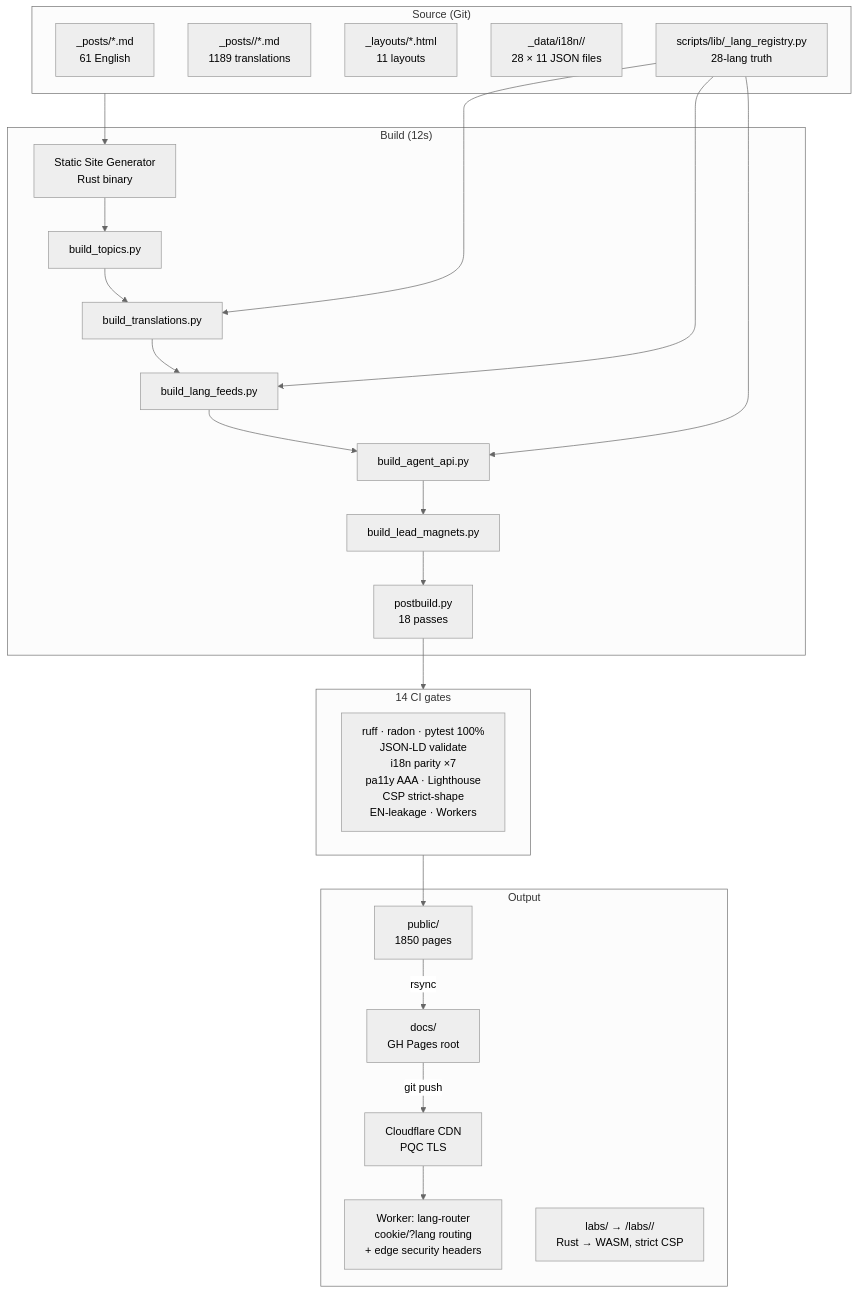
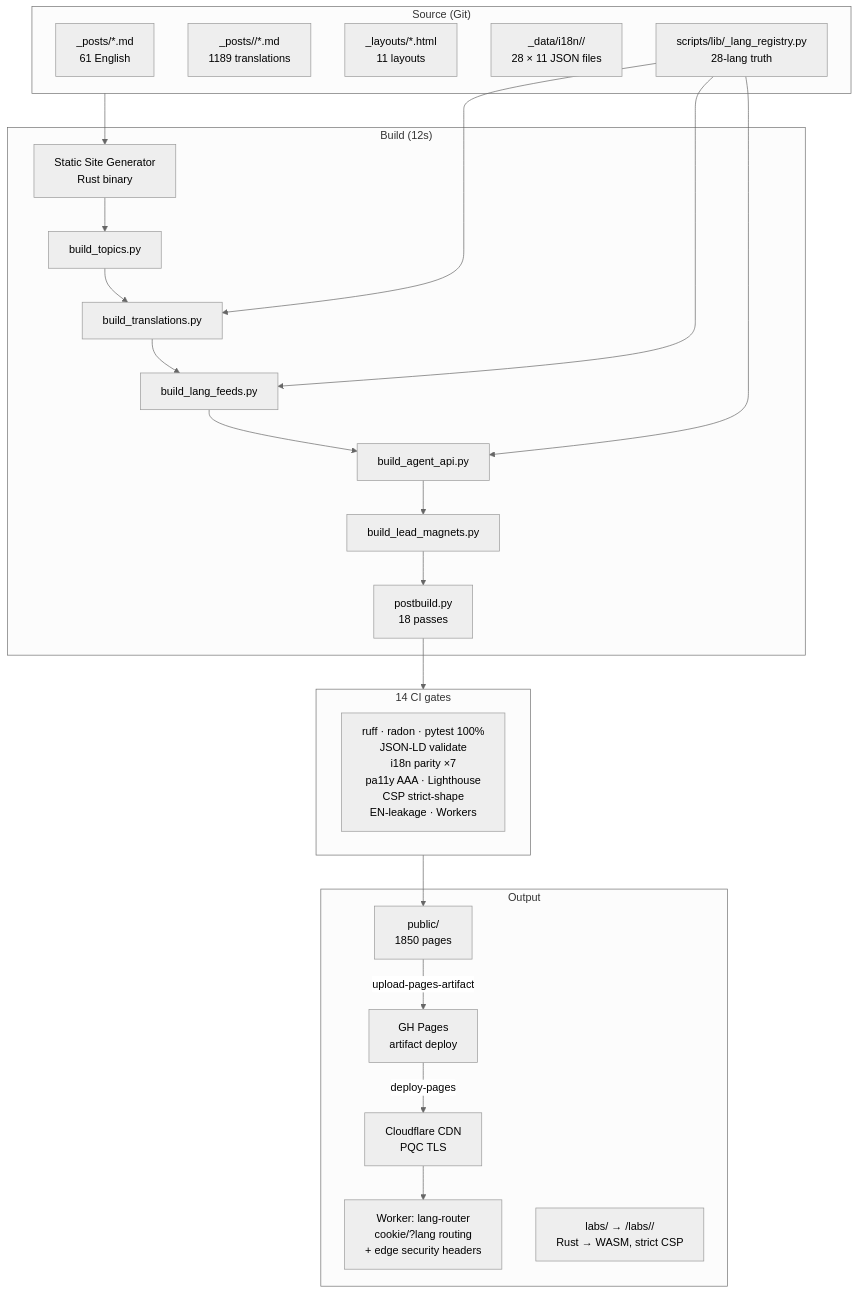
The first of 4 diagrams in project-docs/architecture.md (sebastienrousseau/sebastienrousseau.github.io), drawn with Mermaid before and after one commit. The commit also changed 5151 other files, not shown here.

````diff
--- a/project-docs/architecture.md
+++ b/project-docs/architecture.md
@@ -25,44 +25,44 @@
 ```mermaid
 %%{init: {'theme':'neutral'} }%%
 flowchart TB
  subgraph Source["Source (Git)"]
  EN[_posts/*.md<br/>61 English]
  T[_posts/<lang>/*.md<br/>1189 translations]
  L[_layouts/*.html<br/>11 layouts]
  D[_data/i18n/<lang>/<br/>28 × 11 JSON files]
  REG[scripts/lib/_lang_registry.py<br/>28-lang truth]
  end
 
  subgraph Build["Build (12s)"]
  SSG[Static Site Generator<br/>Rust binary]
  BT[build_topics.py]
  BR[build_translations.py]
  BF[build_lang_feeds.py]
  BA[build_agent_api.py]
  BL[build_lead_magnets.py]
  PB[postbuild.py<br/>18 passes]
  end
 
  subgraph Gates["14 CI gates"]
  G[ruff · radon · pytest 100%<br/>JSON-LD validate<br/>i18n parity ×7<br/>pa11y AAA · Lighthouse<br/>CSP strict-shape<br/>EN-leakage · Workers]
  end
 
  subgraph Output["Output"]
  P[public/<br/>1850 pages]
- DC[docs/<br/>GH Pages root]
+ DC[GH Pages<br/>artifact deploy]
  CF[Cloudflare CDN<br/>PQC TLS]
  WORK[Worker: lang-router<br/>cookie/?lang routing<br/>+ edge security headers]
  LABS[labs/ → /labs/<crate>/<br/>Rust → WASM, strict CSP]
  end
 
  Source --> SSG
  SSG --> BT --> BR --> BF --> BA --> BL --> PB
  REG --> BR
  REG --> BF
  REG --> BA
  PB --> Gates
  Gates --> P
- P -->|rsync| DC
- DC -->|git push| CF
+ P -->|upload-pages-artifact| DC
+ DC -->|deploy-pages| CF
  CF --> WORK
  ```
````
